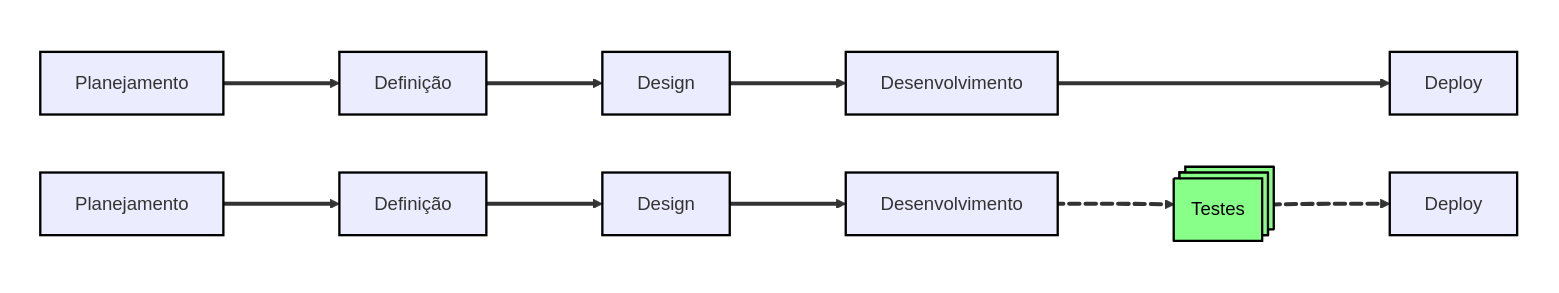
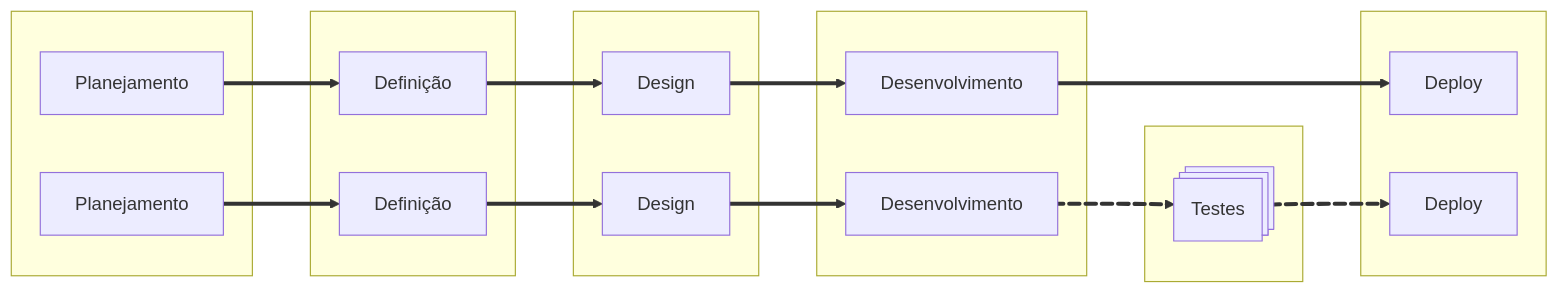
One commit to GabriOliv/garden changed the diagram in docs/notes/peltzman_effect.mdx. Above: the diagram before and after it, drawn with Mermaid. The commit also changed 4 other files, not shown here.

First line of the commit message:
feat: cores dos diagramas em tokens do Dossier

````diff
--- a/docs/notes/peltzman_effect.mdx
+++ b/docs/notes/peltzman_effect.mdx
@@ -26,36 +26,33 @@
     ```mermaid
     	%%{init:{'flowchart':{'useMaxWidth':'true'}}}%%
     	flowchart LR
 
-    	classDef node      stroke:#000,stroke-width:2px;
-    	classDef invisible fill:#fff0,stroke:#fff0,stroke-width:0px,color:#fff0;
-    	classDef green     fill:#8f8,stroke:#000,stroke-width:2px,color:#000;
 
     	a:::invisible; b:::invisible; c:::invisible; d:::invisible; e:::invisible; f:::invisible;
 
     	subgraph a[" "]; a0; a1; end
     	subgraph b[" "]; b0; b1; end
     	subgraph c[" "]; c0; c1; end
     	subgraph d[" "]; d0; d1; end
     	subgraph e[" "]; e1; end
     	subgraph f[" "]; f0; f1; end
 
     	a0["Planejamento"]
     	b0["Definição"]
     	c0["Design"]
     	d0["Desenvolvimento"]
     	f0["Deploy"]
 
     	a1["Planejamento"]
     	b1["Definição"]
     	c1["Design"]
     	d1["Desenvolvimento"]
     	e1@{ shape: processes, label: "Testes", green}; e1:::green;
     	f1["Deploy"]
 
     	a0 ==> b0 ==> c0 ==> d0 ==> f0
     	a1 ==> b1 ==> c1 ==> d1 l0@==> e1 l1@==> f1
 
     	l0@{ animate: true, animation: fast }
     	l1@{ animate: true, animation: slow}
     ```
````
